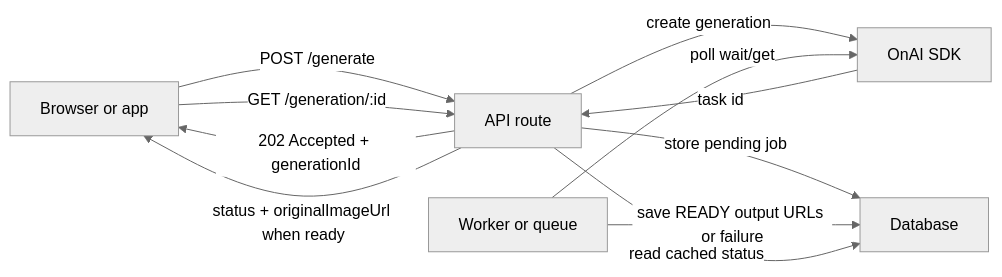
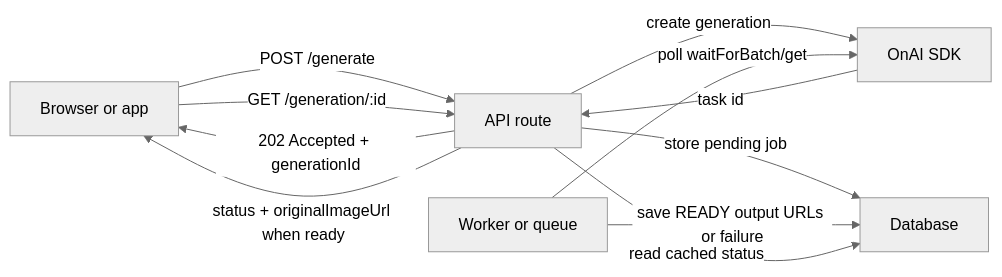
One commit to mxhiraz/onai-sdk changed the sixth of 7 diagrams in docs/LEGACY_DOCUMENT.md. Above: the diagram before and after it, drawn with Mermaid (neutral theme). The commit also changed other lines of this file and 5 other files, not shown here.

````diff
--- a/docs/LEGACY_DOCUMENT.md
+++ b/docs/LEGACY_DOCUMENT.md
@@ -370,13 +370,13 @@
 ```mermaid
 flowchart LR
   Device["Browser or app"] -->|"POST /generate"| API["API route"]
   API -->|"create generation"| SDK["OnAI SDK"]
   SDK -->|"task id"| API
   API -->|"store pending job"| DB["Database"]
   API -->|"202 Accepted + generationId"| Device
-  Worker["Worker or queue"] -->|"poll wait/get"| SDK
+  Worker["Worker or queue"] -->|"poll waitForBatch/get"| SDK
   Worker -->|"save READY output URLs or failure"| DB
   Device -->|"GET /generation/:id"| API
   API -->|"read cached status"| DB
   API -->|"status + originalImageUrl when ready"| Device
 ```
````
